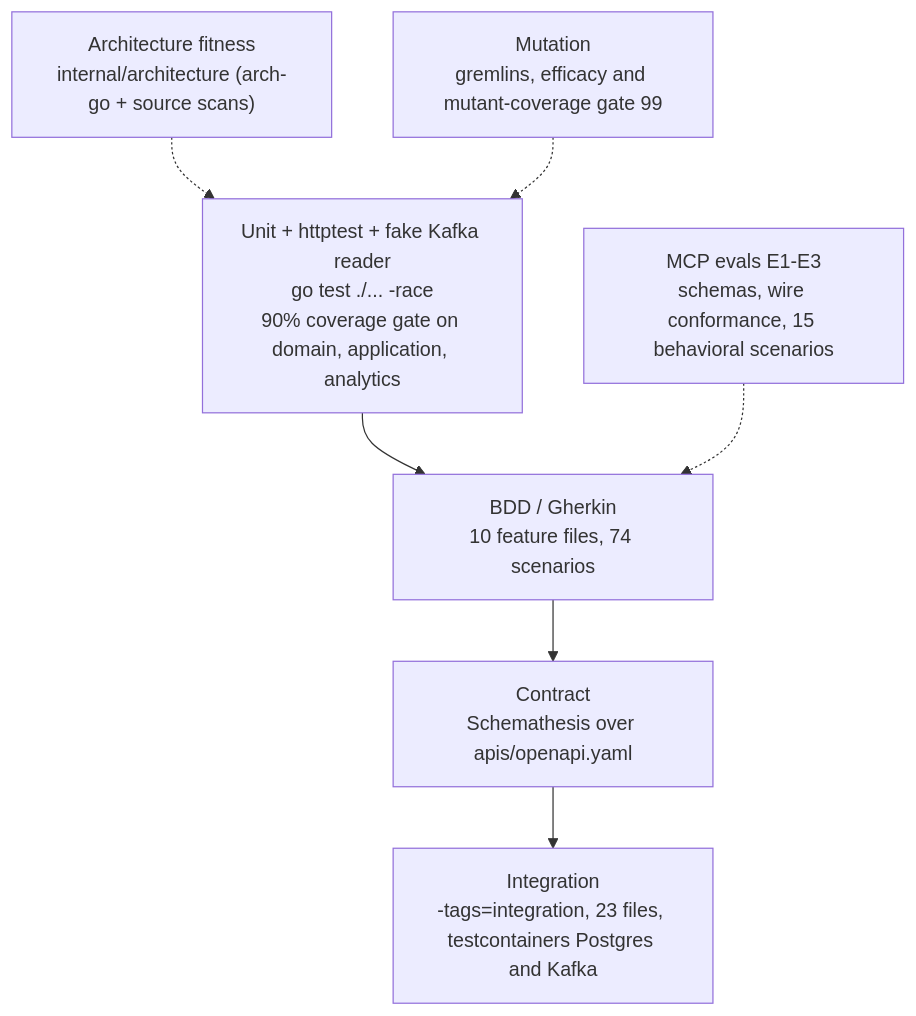
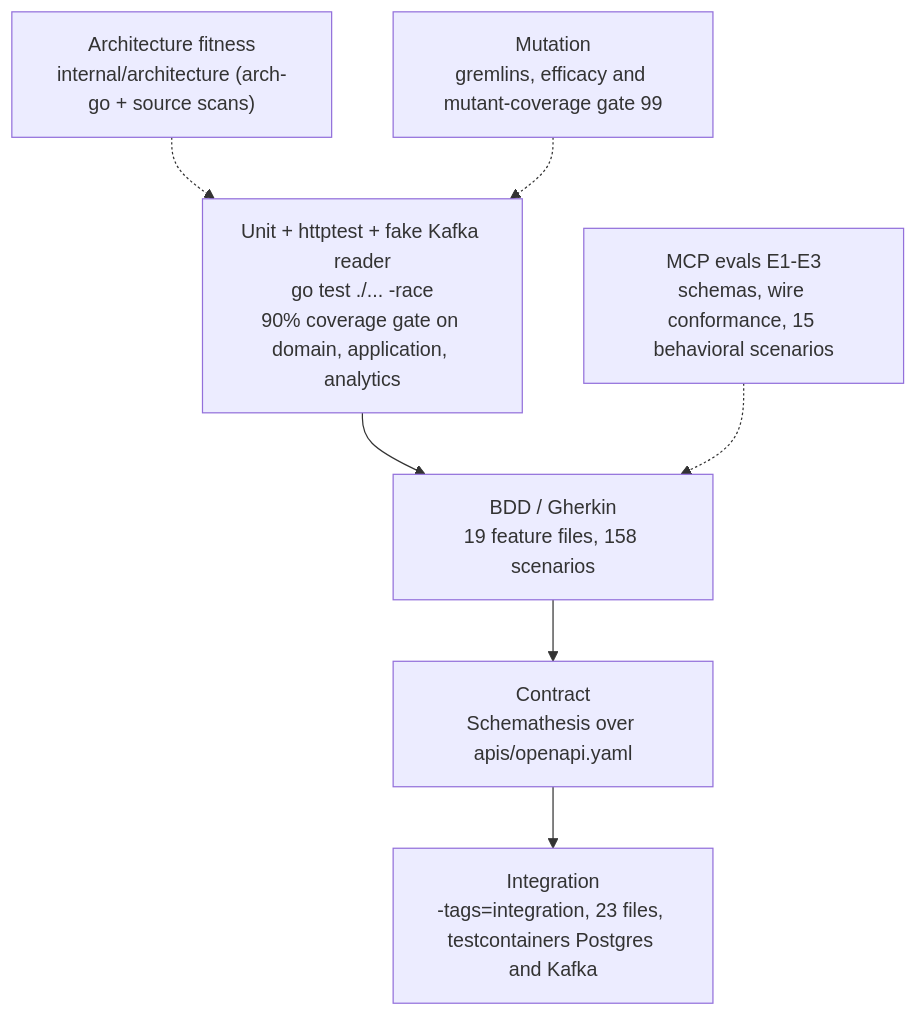
The diagram in docs/docs/development/testing.md (IQVO/labor-performance), drawn with Mermaid before and after one commit. The commit also changed other lines of this file, not shown here.

Commit message:
docs: refresh BDD counts (19 features, 158 scenarios, 248 executed)

````diff
--- a/docs/docs/development/testing.md
+++ b/docs/docs/development/testing.md
@@ -21,14 +21,14 @@
 ```mermaid
 flowchart TB
   U["Unit + httptest + fake Kafka reader<br/>go test ./... -race<br/>90% coverage gate on domain, application, analytics"]
   A["Architecture fitness<br/>internal/architecture (arch-go + source scans)"]
   M["Mutation<br/>gremlins, efficacy and mutant-coverage gate 99"]
-  B["BDD / Gherkin<br/>10 feature files, 74 scenarios"]
+  B["BDD / Gherkin<br/>19 feature files, 158 scenarios"]
   E["MCP evals E1-E3<br/>schemas, wire conformance, 15 behavioral scenarios"]
   C["Contract<br/>Schemathesis over apis/openapi.yaml"]
   I["Integration<br/>-tags=integration, 23 files, testcontainers Postgres and Kafka"]
   U --> B --> C --> I
   A -.-> U
   M -.-> U
   E -.-> B
 ```
````
